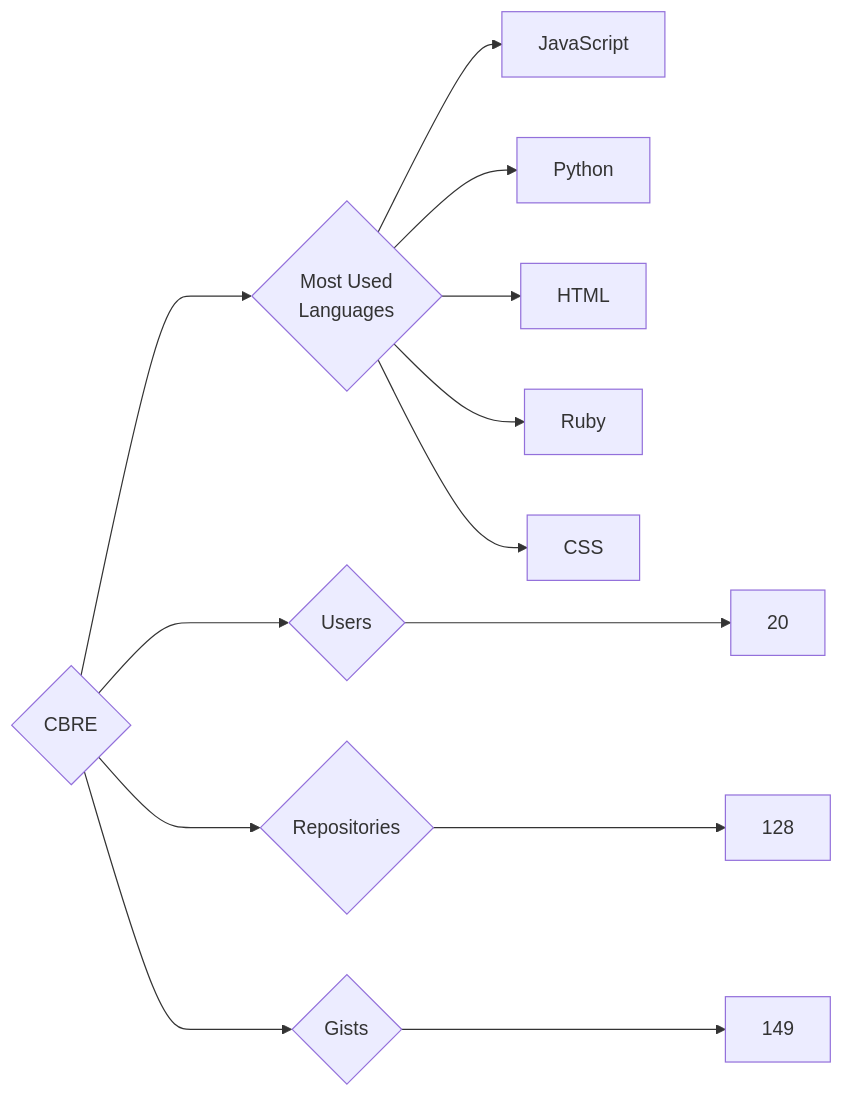
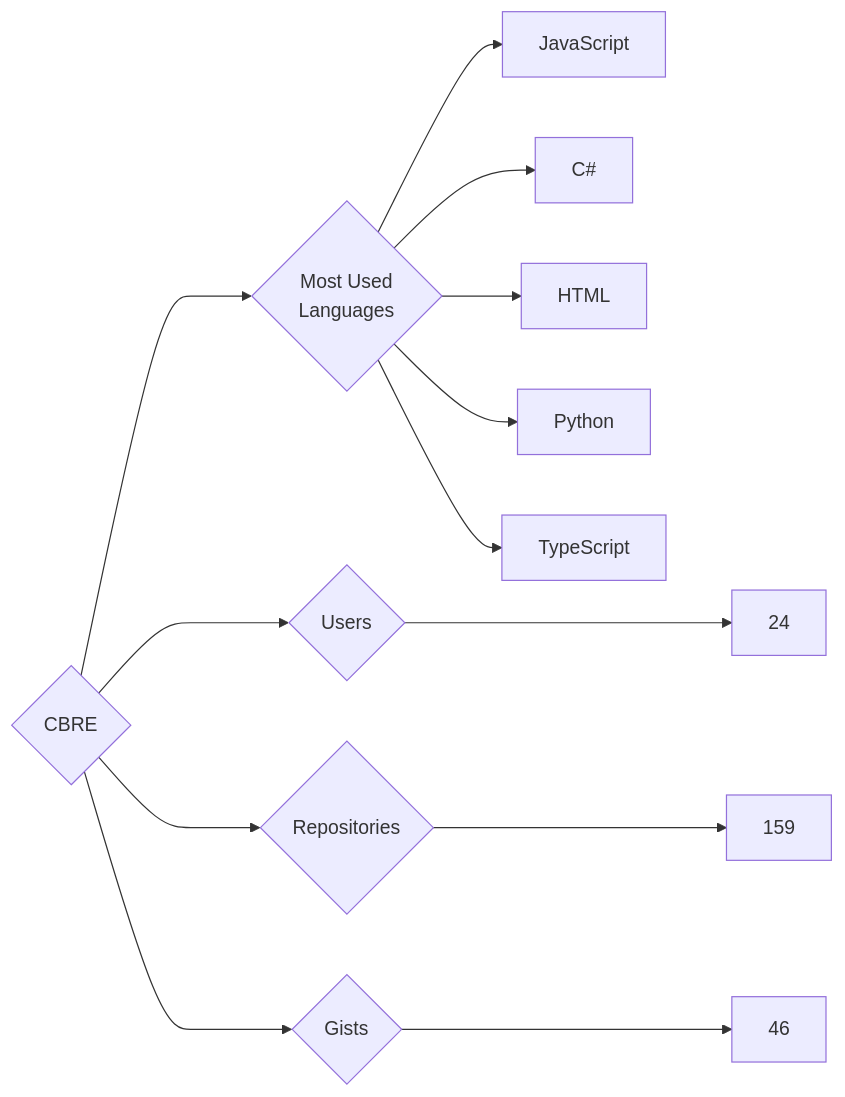
The diagram in targets/CBRE/README.md (trickest/insiders), drawn with Mermaid before and after one commit. The commit also changed 900 other files, not shown here.

````diff
--- a/targets/CBRE/README.md
+++ b/targets/CBRE/README.md
@@ -3,13 +3,13 @@
 ```mermaid
 graph LR
 COMPANY_NAME{CBRE}
-COMPANY_NAME ---> U{Users} ---> UN[20]
-COMPANY_NAME ---> R{Repositories} ---> RN[128]
-COMPANY_NAME ---> G{Gists} ---> GN[149]
+COMPANY_NAME ---> U{Users} ---> UN[24]
+COMPANY_NAME ---> R{Repositories} ---> RN[159]
+COMPANY_NAME ---> G{Gists} ---> GN[46]
 COMPANY_NAME ---> ML{Most Used<br>Languages}
 ML --> JavaScript[JavaScript]
+ML --> C#[C#]
+ML --> HTML[HTML]
 ML --> Python[Python]
-ML --> HTML[HTML]
-ML --> Ruby[Ruby]
-ML --> CSS[CSS]
+ML --> TypeScript[TypeScript]
 ```
````
